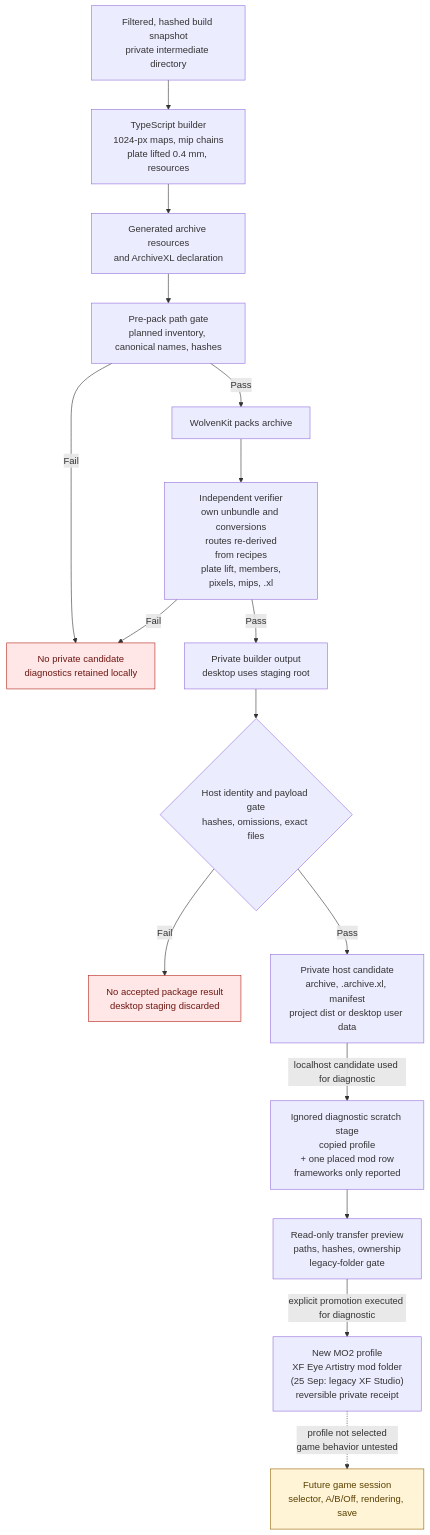
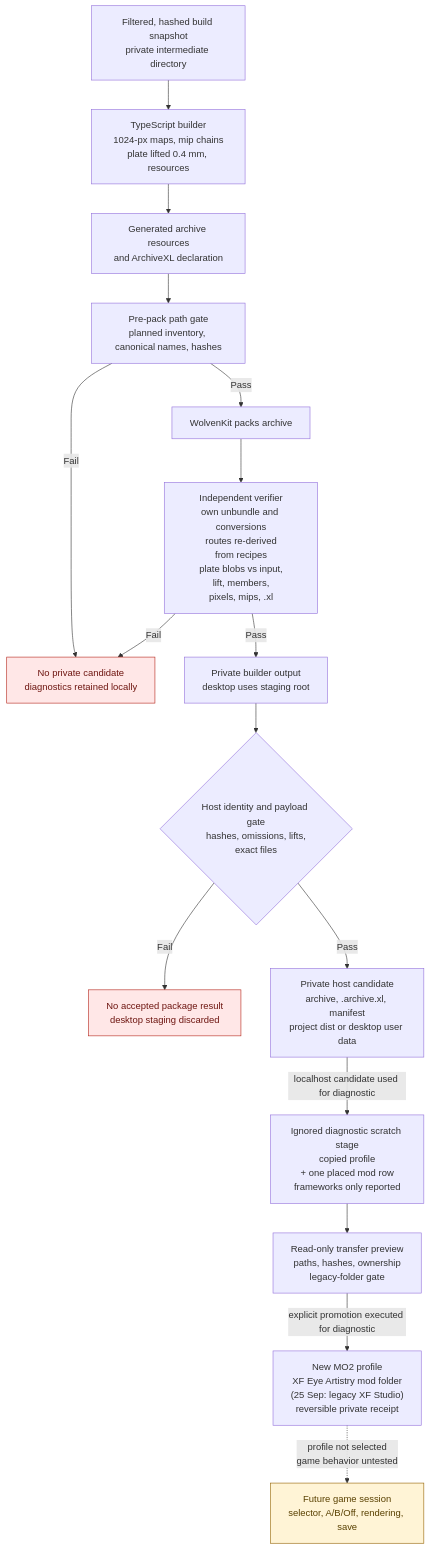
One commit to axefrog/xf-studio changed the second of 3 diagrams in research/authoring/studio-to-mod-pipeline.md. Above: the diagram before and after it, drawn with Mermaid. The commit also changed other lines of this file and 22 other files, not shown here.

````diff
--- a/research/authoring/studio-to-mod-pipeline.md
+++ b/research/authoring/studio-to-mod-pipeline.md
@@ -48,23 +48,23 @@
 ```mermaid
 flowchart TB
   snapshot["Filtered, hashed build snapshot<br/>private intermediate directory"] --> bake["TypeScript builder<br/>1024-px maps, mip chains<br/>plate lifted 0.4 mm, resources"]
   bake --> resources["Generated archive resources<br/>and ArchiveXL declaration"]
   resources --> gate["Pre-pack path gate<br/>planned inventory, canonical names, hashes"]
   gate -- Fail --> stop
   gate -- Pass --> pack["WolvenKit packs archive"]
-  pack --> verifier["Independent verifier<br/>own unbundle and conversions<br/>routes re-derived<br/>from recipes<br/>plate lift, members,<br/>pixels, mips, .xl"]
+  pack --> verifier["Independent verifier<br/>own unbundle and conversions<br/>routes re-derived<br/>from recipes<br/>plate blobs vs input,<br/>lift, members,<br/>pixels, mips, .xl"]
   verifier -- Fail --> stop["No private candidate<br/>diagnostics retained locally"]
   verifier -- Pass --> dist["Private builder output<br/>desktop uses staging root"]
-  dist --> resultGate{"Host identity and payload gate<br/>hashes, omissions, exact files"}
+  dist --> resultGate{"Host identity and payload gate<br/>hashes, omissions, lifts,<br/>exact files"}
   resultGate -- Fail --> unaccepted["No accepted package result<br/>desktop staging discarded"]
   resultGate -- Pass --> candidate["Private host candidate<br/>archive, .archive.xl, manifest<br/>project dist or desktop user data"]
   candidate -- "localhost candidate used for diagnostic" --> scratch["Ignored diagnostic scratch stage<br/>copied profile<br/>+ one placed mod row<br/>frameworks only reported"]
   scratch --> preview["Read-only transfer preview<br/>paths, hashes, ownership<br/>legacy-folder gate"]
   preview -- "explicit promotion executed for diagnostic" --> mo2["New MO2 profile<br/>XF Eye Artistry mod folder<br/>(25 Sep: legacy XF Studio)<br/>reversible private receipt"]
   mo2 -. "profile not selected<br/>game behavior untested" .-> runtime["Future game session<br/>selector, A/B/Off, rendering, save"]
 
   classDef blocked fill:#ffe7e7,stroke:#b42318,color:#6e1611;
   classDef pending fill:#fff4d6,stroke:#946200,color:#594000;
   class stop,unaccepted blocked;
   class runtime pending;
 ```
````
